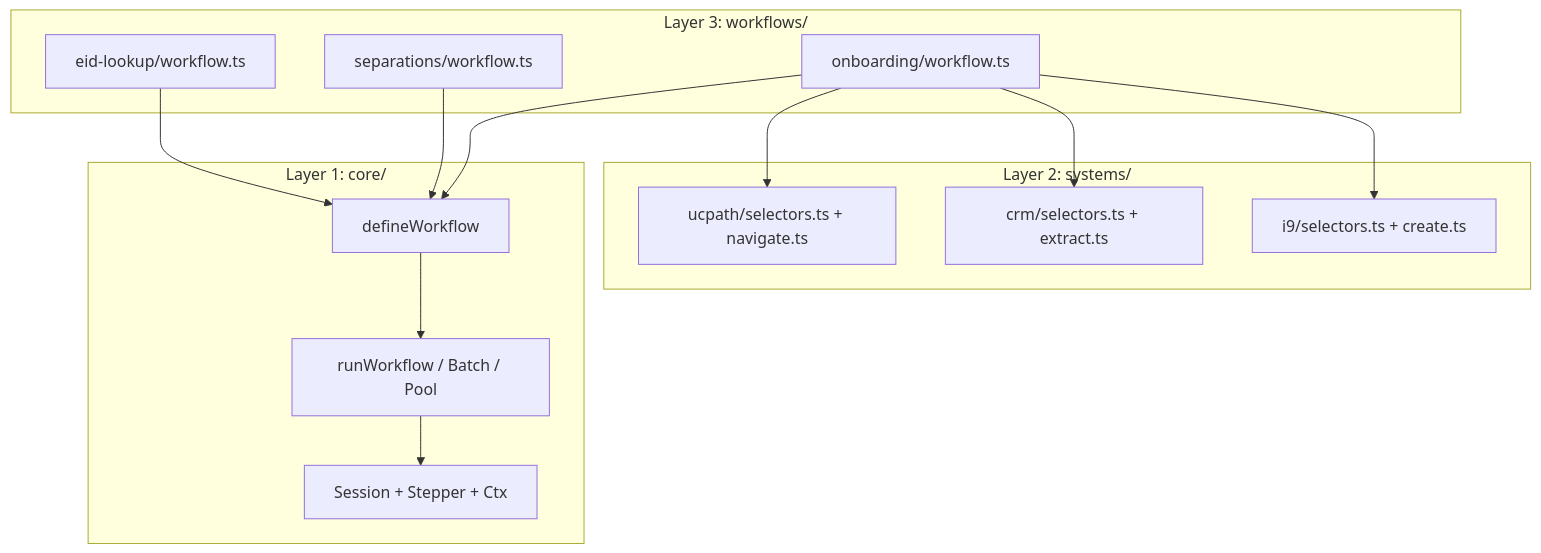
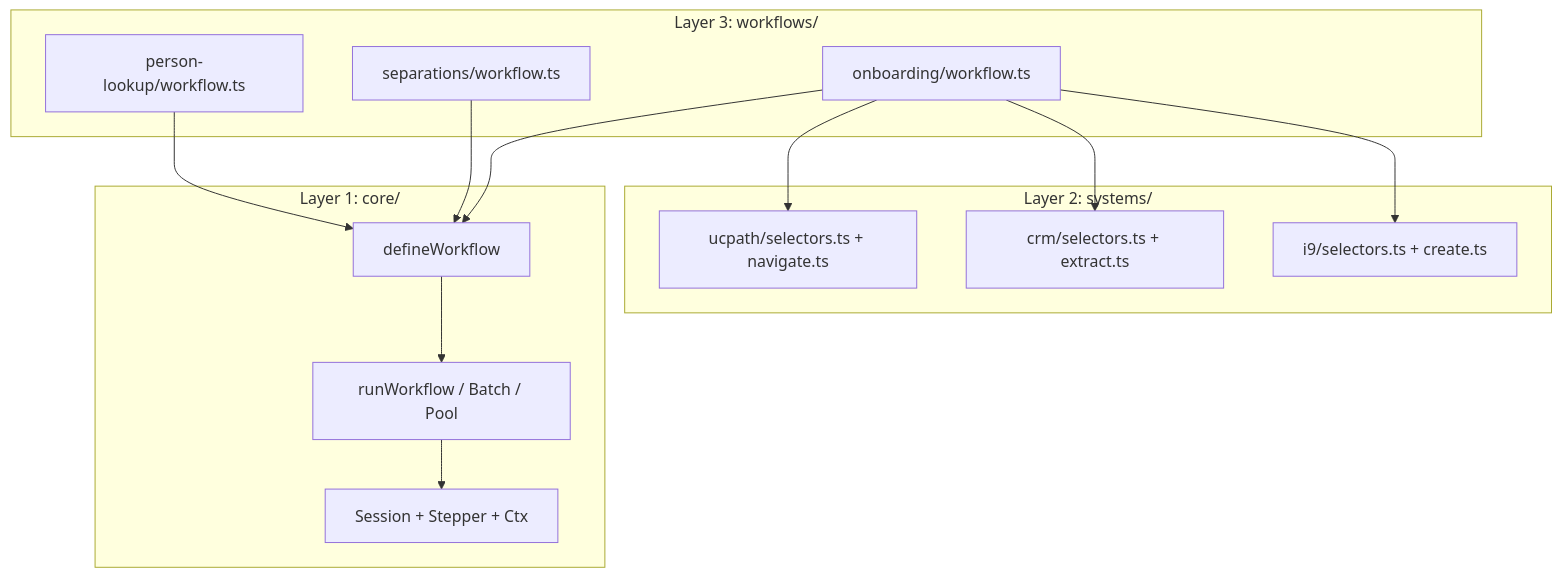
The second of 16 diagrams in docs/engineering/architecture-deep-dive.md (julianthant/hr-automation), drawn with Mermaid before and after one commit. The commit also changed other lines of this file and 12 other files, not shown here.

````diff
--- a/docs/engineering/architecture-deep-dive.md
+++ b/docs/engineering/architecture-deep-dive.md
@@ -98,26 +98,26 @@
 ```mermaid
 flowchart TB
     subgraph "Layer 3: workflows/"
         W1[onboarding/workflow.ts]
         W2[separations/workflow.ts]
-        W3[eid-lookup/workflow.ts]
+        W3[person-lookup/workflow.ts]
     end
     subgraph "Layer 2: systems/"
         S1[ucpath/selectors.ts + navigate.ts]
         S2[crm/selectors.ts + extract.ts]
         S3[i9/selectors.ts + create.ts]
     end
     subgraph "Layer 1: core/"
         K1[defineWorkflow]
         K2[runWorkflow / Batch / Pool]
         K3[Session + Stepper + Ctx]
     end
     W1 --> K1
     W1 --> S1
     W1 --> S2
     W1 --> S3
     W2 --> K1
     W3 --> K1
     K1 --> K2
     K2 --> K3
 ```
````
